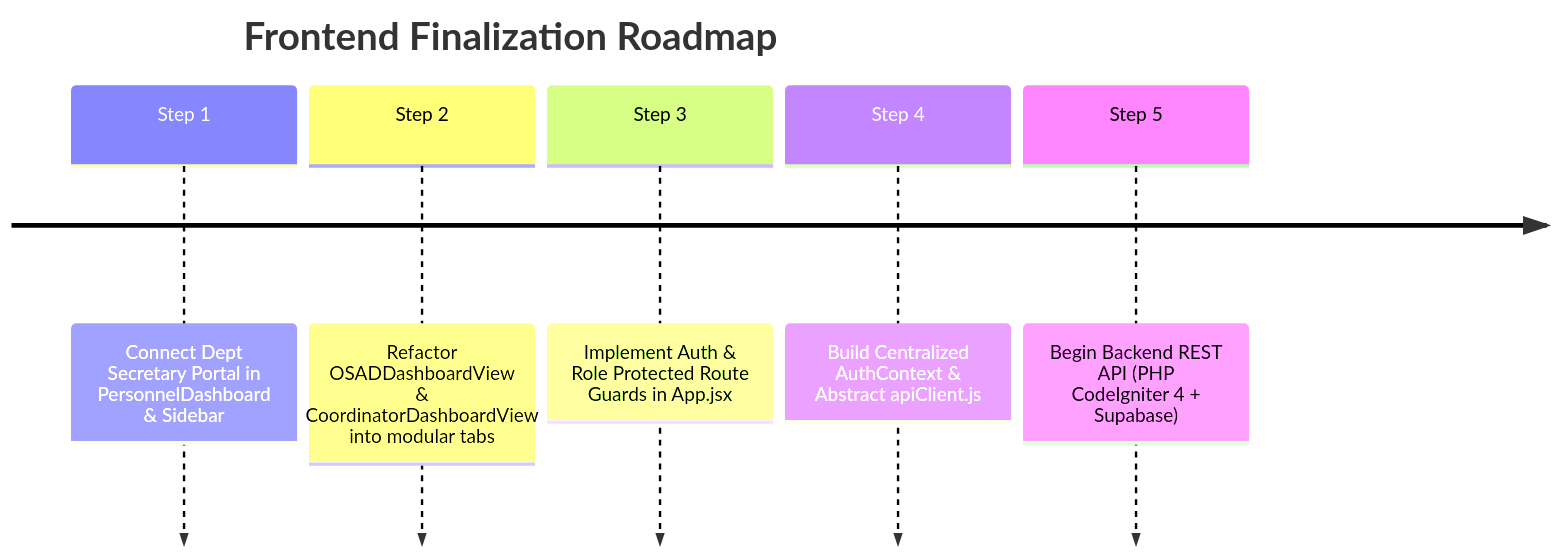
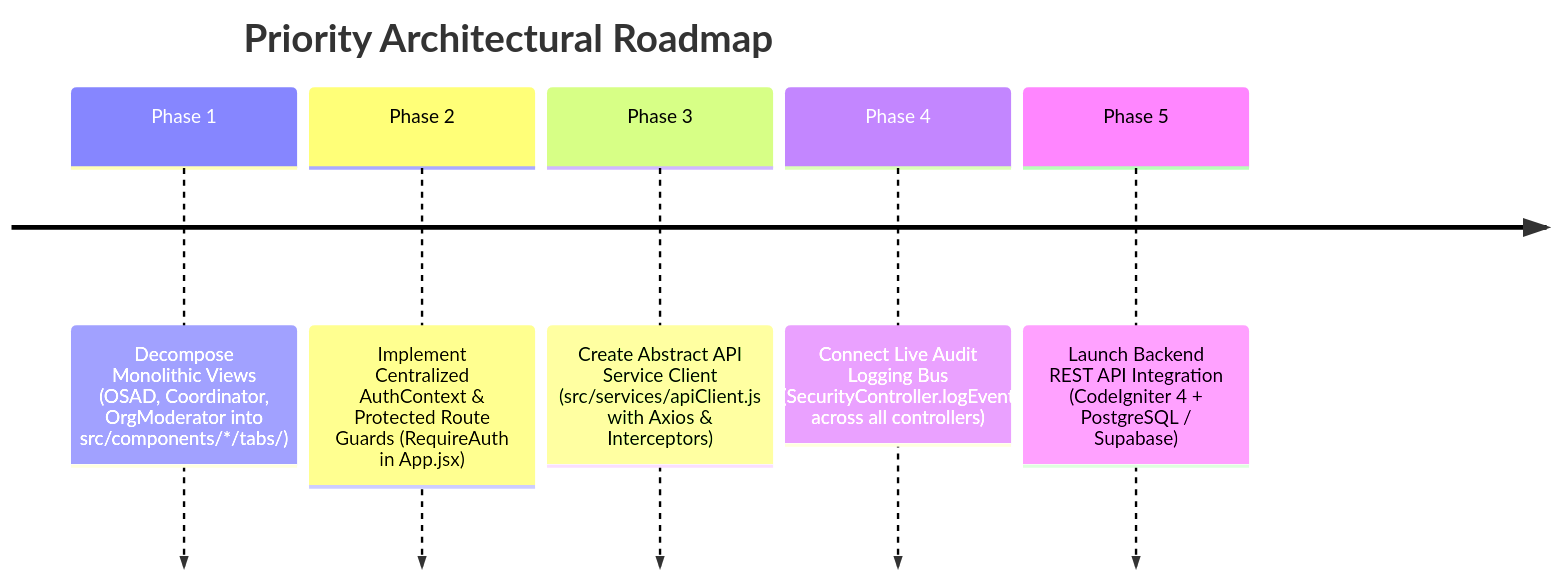
The second of 2 diagrams in ACHIEVENEST_FRONTEND_ARCHITECTURE_EVALUATION.md (Astherisk1229/AchieveNest), drawn with Mermaid before and after one commit. The commit also changed other lines of this file and 26 other files, not shown here.

Commit message:
feat: implement ACHIEVENEST core infrastructure including role-based dashboard components, security controllers, and HR automation hooks.

````diff
--- a/ACHIEVENEST_FRONTEND_ARCHITECTURE_EVALUATION.md
+++ b/ACHIEVENEST_FRONTEND_ARCHITECTURE_EVALUATION.md
@@ -109,9 +117,9 @@
 ```mermaid
 timeline
-    title Frontend Finalization Roadmap
-    Step 1 : Connect Dept Secretary Portal in PersonnelDashboard & Sidebar
-    Step 2 : Refactor OSADDashboardView & CoordinatorDashboardView into modular tabs
-    Step 3 : Implement Auth & Role Protected Route Guards in App.jsx
-    Step 4 : Build Centralized AuthContext & Abstract apiClient.js
-    Step 5 : Begin Backend REST API (PHP CodeIgniter 4 + Supabase)
+    title Priority Architectural Roadmap
+    Phase 1 : Decompose Monolithic Views (OSAD, Coordinator, OrgModerator into src/components/*/tabs/)
+    Phase 2 : Implement Centralized AuthContext & Protected Route Guards (RequireAuth in App.jsx)
+    Phase 3 : Create Abstract API Service Client (src/services/apiClient.js with Axios & Interceptors)
+    Phase 4 : Connect Live Audit Logging Bus (SecurityController.logEvent across all controllers)
+    Phase 5 : Launch Backend REST API Integration (CodeIgniter 4 + PostgreSQL / Supabase)
 ```
````
